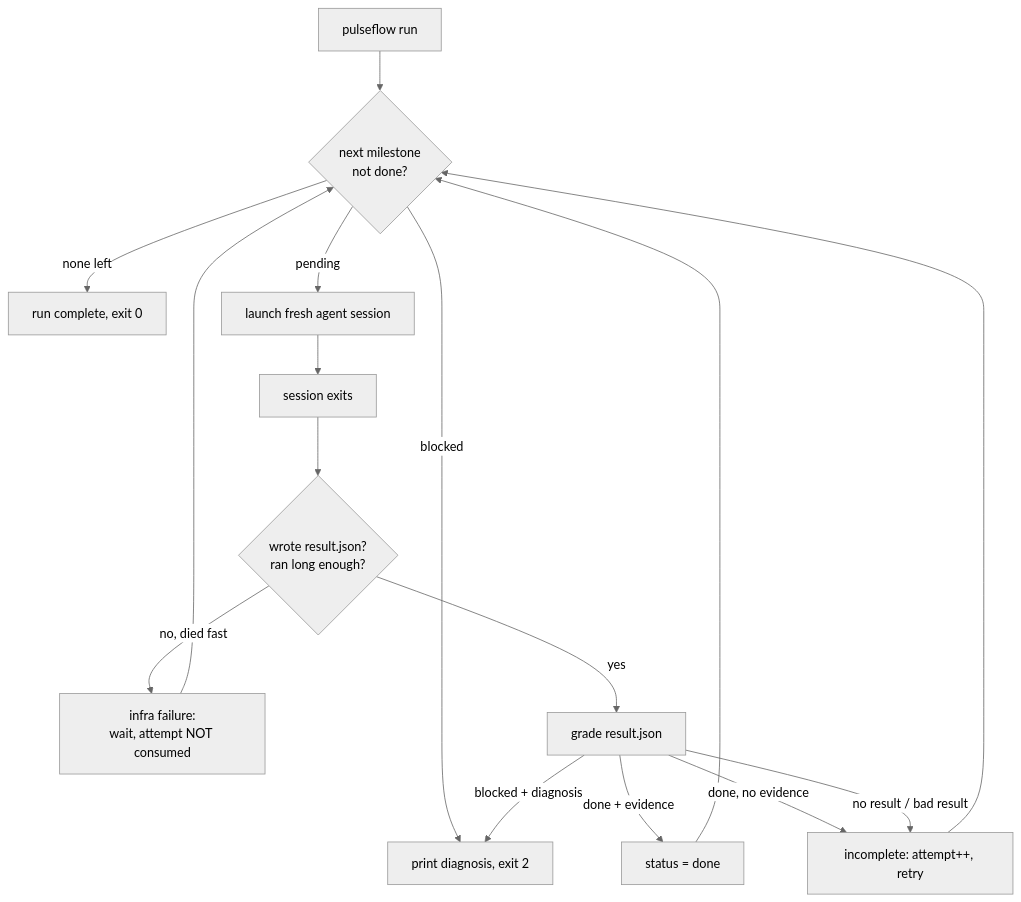
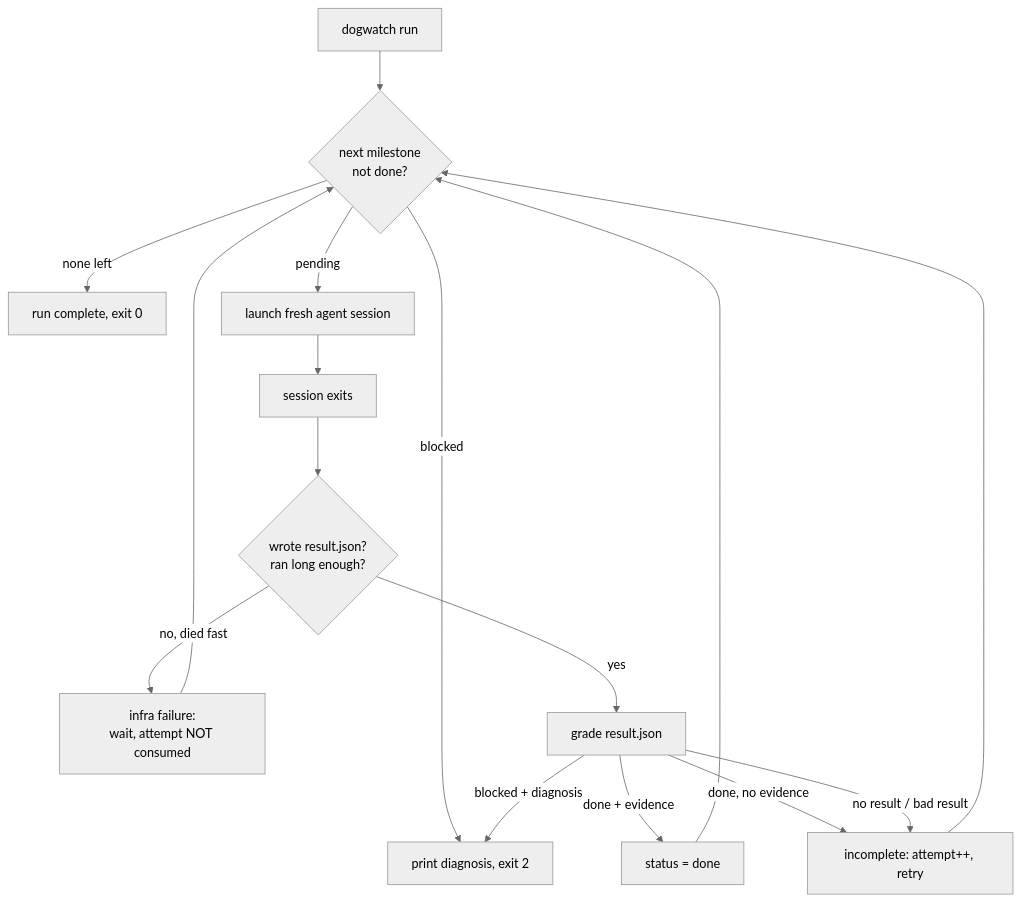
Before and after one commit to fabrodz/milestoner: the diagram in docs/GUIDE.md, drawn with Mermaid (neutral theme). The commit also changed other lines of this file and 31 other files, not shown here.

First line of the commit message:
refactor: rename pulseflow to dogwatch

````diff
--- a/docs/GUIDE.md
+++ b/docs/GUIDE.md
@@ -53,18 +53,18 @@
 ```mermaid
 flowchart TD
-  A[pulseflow run] --> B{next milestone<br/>not done?}
+  A[dogwatch run] --> B{next milestone<br/>not done?}
   B -- none left --> Z[run complete, exit 0]
   B -- blocked --> Y[print diagnosis, exit 2]
   B -- pending --> C[launch fresh agent session]
   C --> D[session exits]
   D --> E{wrote result.json?<br/>ran long enough?}
   E -- no, died fast --> F[infra failure:<br/>wait, attempt NOT consumed]
   F --> B
   E -- yes --> G[grade result.json]
   G -- done + evidence --> H[status = done]
   G -- done, no evidence --> I[incomplete: attempt++, retry]
   G -- blocked + diagnosis --> Y
   G -- no result / bad result --> I
   I --> B
   H --> B
 ```
````
